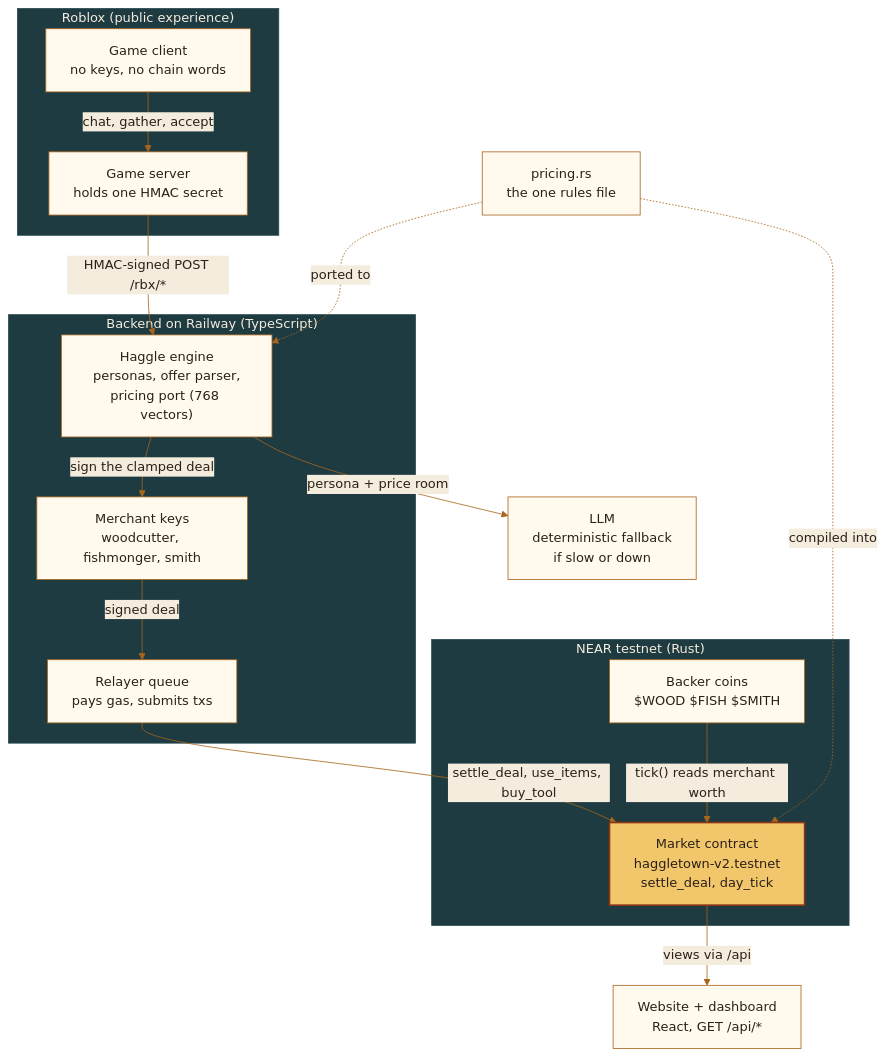
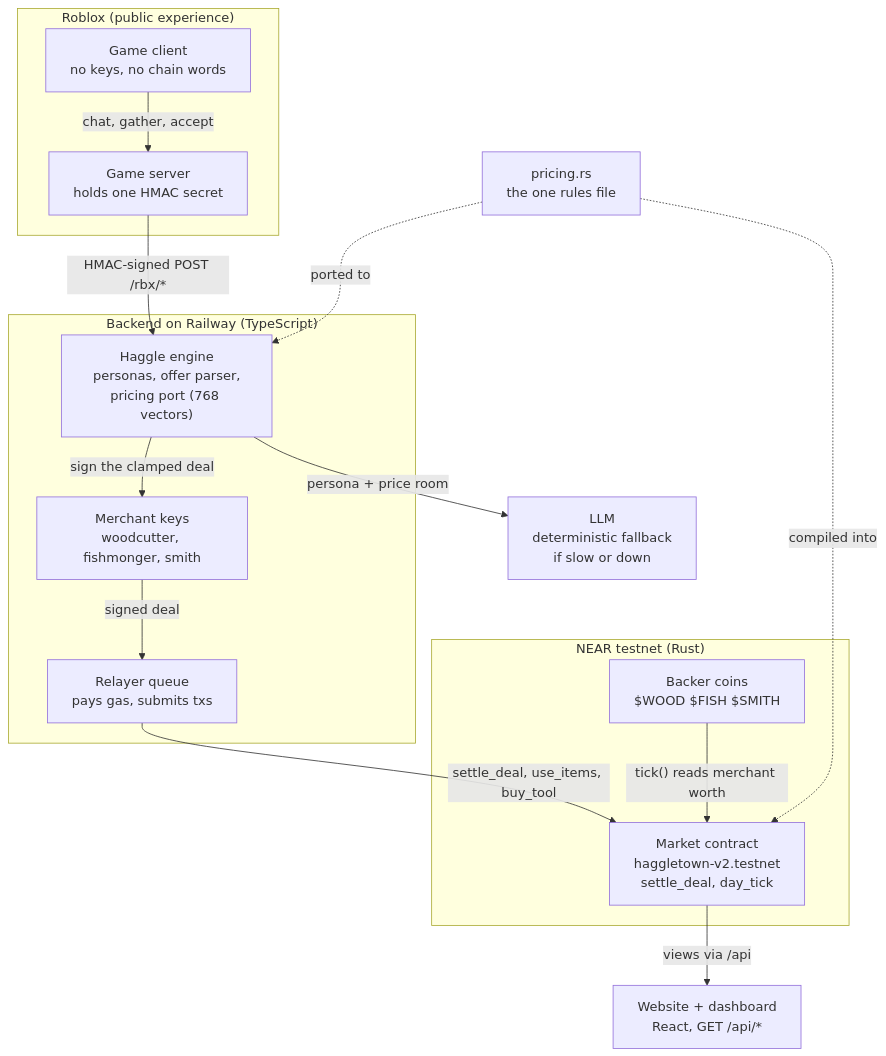
One commit to woydarko/haggle-town changed the second of 2 diagrams in README.md. Above: the diagram before and after it, drawn with Mermaid. The commit also changed other lines of this file, not shown here.

Commit message:
docs: README diagrams back to default Mermaid colors, keep the readable layout

````diff
--- a/README.md
+++ b/README.md
@@ -132,33 +129,30 @@
 ```mermaid
-%%{init: {'theme':'base','themeVariables':{'fontFamily':'Georgia, serif','primaryColor':'#FFF9EE','primaryTextColor':'#2B2118','primaryBorderColor':'#A8661C','lineColor':'#A8661C','clusterBkg':'#1F3B42','clusterBorder':'#284A52','titleColor':'#F4ECDD','edgeLabelBackground':'#F4ECDD'}}}%%
 flowchart TB
     subgraph RB["Roblox (public experience)"]
         RC["Game client<br/>no keys, no chain words"]
         RS["Game server<br/>holds one HMAC secret"]
     end
     subgraph BE["Backend on Railway (TypeScript)"]
         HE["Haggle engine<br/>personas, offer parser,<br/>pricing port (768 vectors)"]
         KS["Merchant keys<br/>woodcutter, fishmonger, smith"]
         RQ["Relayer queue<br/>pays gas, submits txs"]
     end
     LLM["LLM<br/>deterministic fallback<br/>if slow or down"]
     subgraph NR["NEAR testnet (Rust)"]
         MC["Market contract<br/>haggletown-v2.testnet<br/>settle_deal, day_tick"]
         CO["Backer coins<br/>$WOOD $FISH $SMITH"]
     end
     WEB["Website + dashboard<br/>React, GET /api/*"]
     ECO["pricing.rs<br/>the one rules file"]
 
     RC -- "chat, gather, accept" --> RS
     RS -- "HMAC-signed POST /rbx/*" --> HE
     HE -- "persona + price room" --> LLM
     HE -- "sign the clamped deal" --> KS
     KS -- "signed deal" --> RQ
     RQ -- "settle_deal, use_items, buy_tool" --> MC
     CO -- "tick() reads merchant worth" --> MC
     MC -- "views via /api" --> WEB
     ECO -. "compiled into" .-> MC
     ECO -. "ported to" .-> HE
-    classDef decides fill:#F2C66B,stroke:#8A3415,stroke-width:2px,color:#2B2118
-    class MC decides
 ```
````
